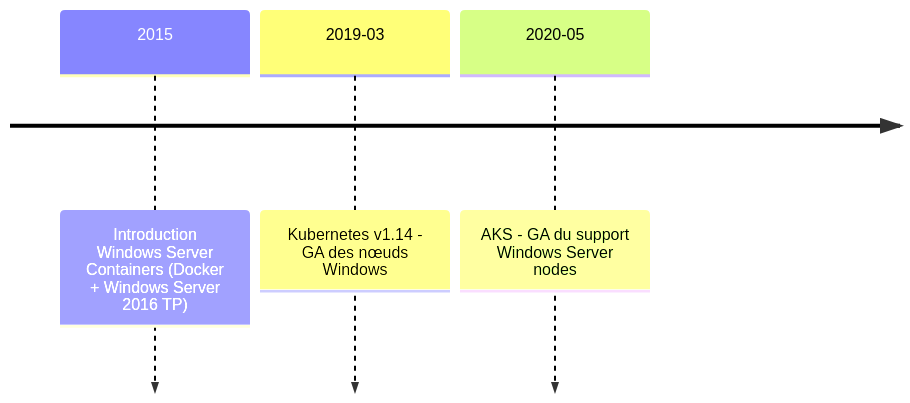
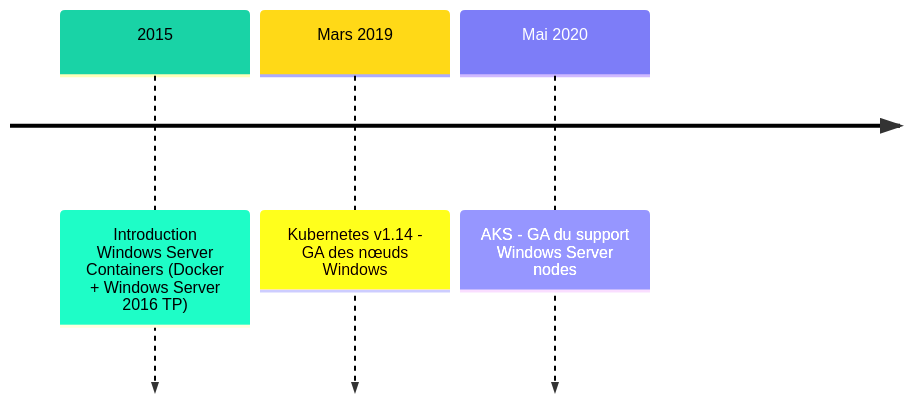
The seventh of 9 diagrams in slides.md (nicolas-boisseau/bdx-io-windows-on-kubernetes), drawn with Mermaid before and after one commit. The commit also changed other lines of this file and 9 other files, not shown here.

````diff
--- a/slides.md
+++ b/slides.md
@@ -271,6 +333,18 @@
 ```mermaid
-timeline
-    2015 : Introduction Windows Server Containers (Docker + Windows Server 2016 TP)
-    2019-03 : Kubernetes v1.14 - GA des nœuds Windows
-    2020-05 : AKS - GA du support Windows Server nodes
+---
+config:
+  logLevel: 'debug'
+  themeVariables:
+    cScale0: '#19D3A6'
+    cScaleLabel0: '#000000'
+    cScale1: '#FFD917'
+    cScaleLabel1: '#000000'
+    cScale2: '#7D7DF8'
+    cScaleLabel2: '#ffffff'
+---
+    timeline
+        2015 : Introduction Windows Server Containers (Docker + Windows Server 2016 TP)
+        Mars 2019 : Kubernetes v1.14 - GA des nœuds Windows
+        Mai 2020 : AKS - GA du support Windows Server nodes
+
 ```
````
